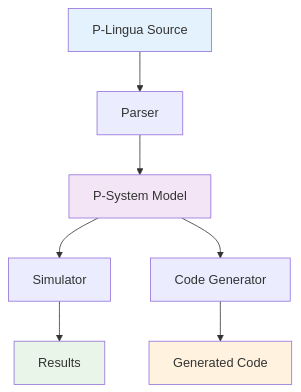
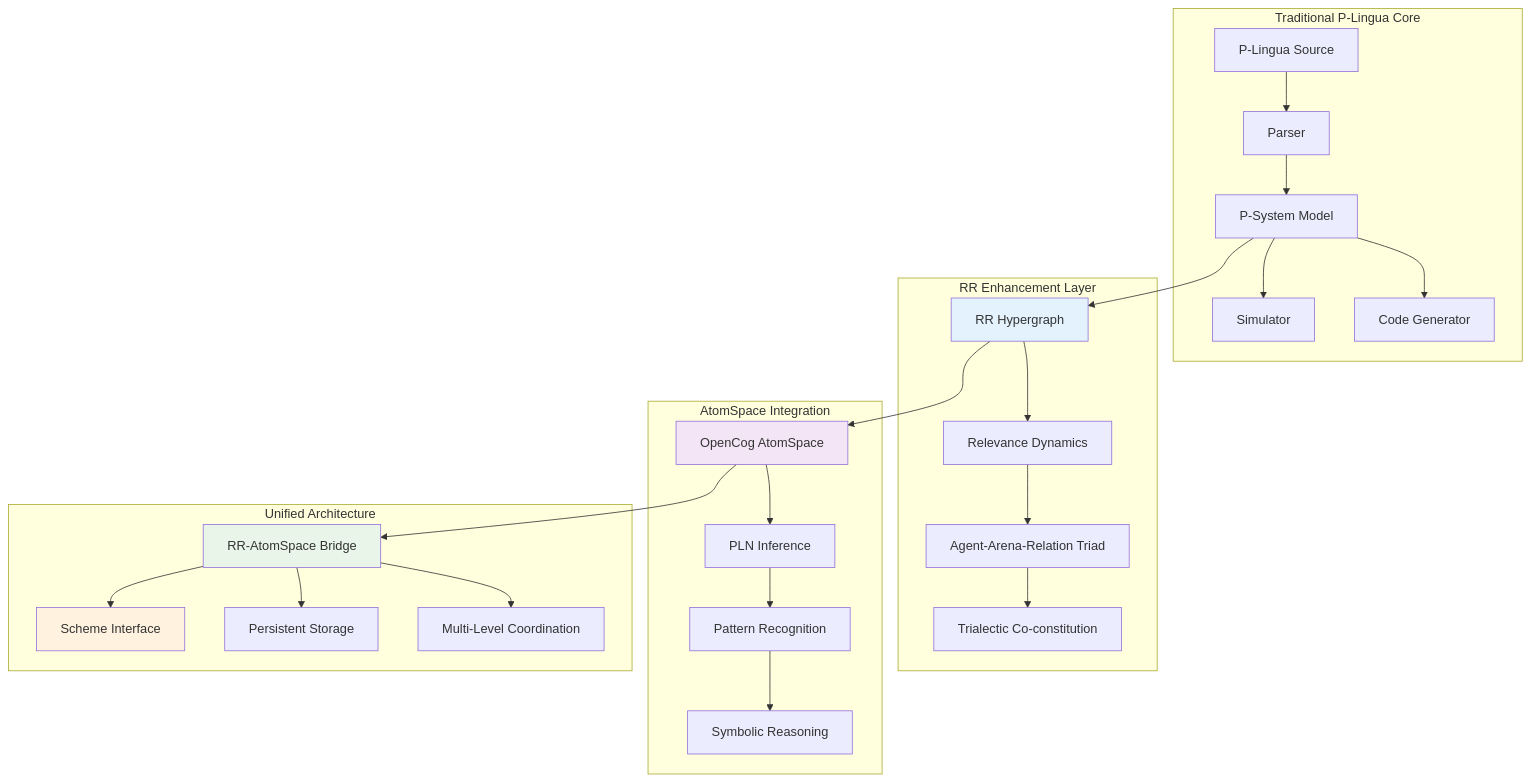
The first of 2 diagrams in README.md (RegimA-Zone/skin9ml), drawn with Mermaid before and after one commit. The commit also changed other lines of this file and 6 other files, not shown here.

Commit message:
Comprehensive RR-RNN documentation with architecture diagrams and examples

````diff
--- a/README.md
+++ b/README.md
@@ -34,14 +54,40 @@
 ```mermaid
 graph TD
-    A[P-Lingua Source] --> B[Parser]
-    B --> C[P-System Model]
-    C --> D[Simulator]
-    C --> E[Code Generator]
-    D --> F[Results]
-    E --> G[Generated Code]
+    subgraph "Traditional P-Lingua Core"
+        A[P-Lingua Source] --> B[Parser]
+        B --> C[P-System Model]
+        C --> D[Simulator]
+        C --> E[Code Generator]
+    end
     
-    style A fill:#e3f2fd
-    style C fill:#f3e5f5
-    style F fill:#e8f5e8
-    style G fill:#fff3e0
+    subgraph "RR Enhancement Layer"
+        F[RR Hypergraph] --> G[Relevance Dynamics]
+        G --> H[Agent-Arena-Relation Triad]
+        H --> I[Trialectic Co-constitution]
+    end
+    
+    subgraph "AtomSpace Integration"
+        J[OpenCog AtomSpace] --> K[PLN Inference]
+        K --> L[Pattern Recognition]
+        L --> M[Symbolic Reasoning]
+    end
+    
+    subgraph "Unified Architecture"
+        N[RR-AtomSpace Bridge]
+        O[Scheme Interface]
+        P[Persistent Storage]
+        Q[Multi-Level Coordination]
+    end
+    
+    C --> F
+    F --> J
+    J --> N
+    N --> O
+    N --> P
+    N --> Q
+    
+    style F fill:#e3f2fd
+    style J fill:#f3e5f5
+    style N fill:#e8f5e8
+    style O fill:#fff3e0
 ```
````
